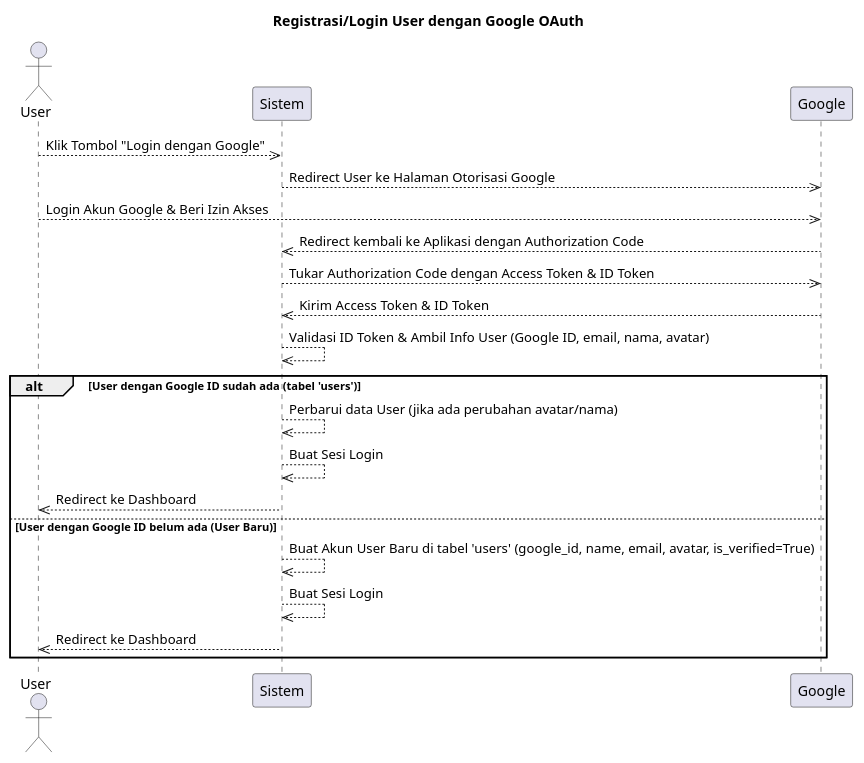
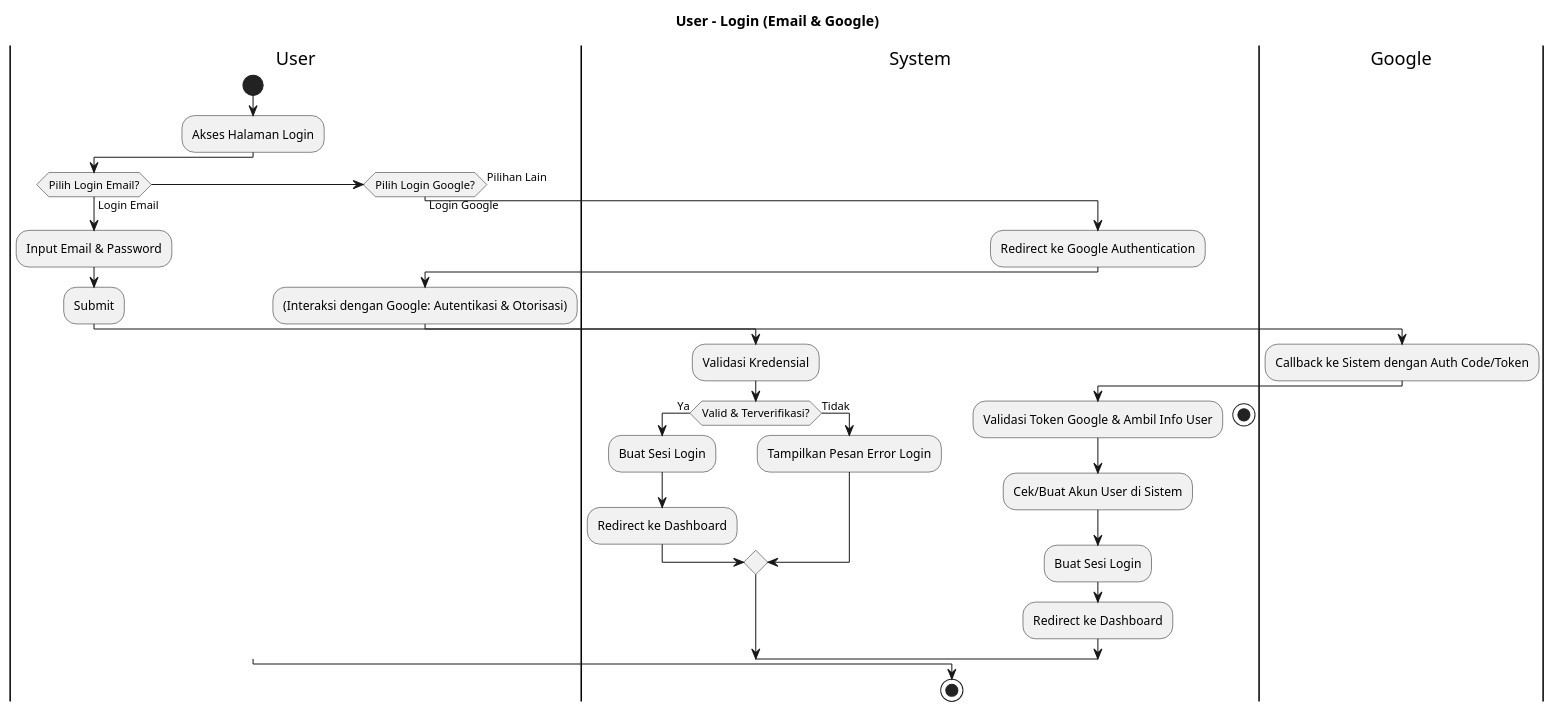
One commit to aliifam/final-project changed the diagram in diagram/raw/ad/user/registrasi-login-google.plantuml. Above: the diagram before and after it, drawn with PlantUML. The commit also changed 46 other files, not shown here.

```diff
--- a/diagram/raw/ad/user/registrasi-login-google.plantuml
+++ b/diagram/raw/ad/user/registrasi-login-google.plantuml
@@ -1,24 +1,34 @@
-@startuml registrasi_login_user_google
-    title Registrasi/Login User dengan Google OAuth
+@startuml
+title User - Login (Email & Google)
 
-    actor User
-    participant "Sistem" as App
-    participant "Google" as GoogleServer
-
-    User -->> App : Klik Tombol "Login dengan Google"
-    App -->> GoogleServer : Redirect User ke Halaman Otorisasi Google
-    User -->> GoogleServer : Login Akun Google & Beri Izin Akses
-    GoogleServer -->> App : Redirect kembali ke Aplikasi dengan Authorization Code
-    App -->> GoogleServer : Tukar Authorization Code dengan Access Token & ID Token
-    GoogleServer -->> App : Kirim Access Token & ID Token
-    App -->> App : Validasi ID Token & Ambil Info User (Google ID, email, nama, avatar)
-    alt User dengan Google ID sudah ada (tabel 'users')
-        App -->> App : Perbarui data User (jika ada perubahan avatar/nama)
-        App -->> App : Buat Sesi Login
-        App -->> User : Redirect ke Dashboard
-    else User dengan Google ID belum ada (User Baru)
-        App -->> App : Buat Akun User Baru di tabel 'users' (google_id, name, email, avatar, is_verified=True)
-        App -->> App : Buat Sesi Login
-        App -->> User : Redirect ke Dashboard
-    end
+|User|
+start
+:Akses Halaman Login;
+if (Pilih Login Email?) then (Login Email)
+    :Input Email & Password;
+    :Submit;
+    |System|
+    :Validasi Kredensial;
+    if (Valid & Terverifikasi?) then (Ya)
+        :Buat Sesi Login;
+        :Redirect ke Dashboard;
+    else (Tidak)
+        :Tampilkan Pesan Error Login;
+    endif
+elseif (Pilih Login Google?) then (Login Google)
+    |System|
+    :Redirect ke Google Authentication;
+    |User|
+    :(Interaksi dengan Google: Autentikasi & Otorisasi);
+    |Google|
+    :Callback ke Sistem dengan Auth Code/Token;
+    |System|
+    :Validasi Token Google & Ambil Info User;
+    :Cek/Buat Akun User di Sistem;
+    :Buat Sesi Login;
+    :Redirect ke Dashboard;
+else (Pilihan Lain)
+    stop
+endif
+stop
 @enduml
```
